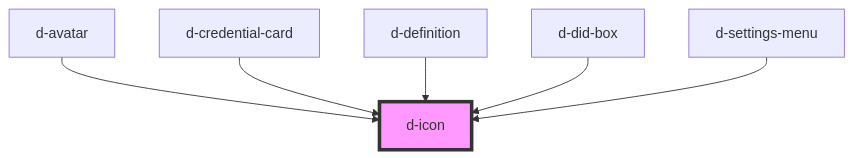
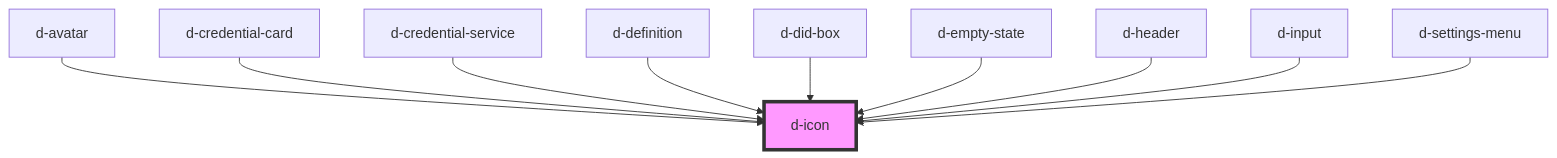
Before and after one commit to ForkbombEu/didroom-components: the diagram in src/components/icon/readme.md, drawn with Mermaid. The commit also changed other lines of this file and 12 other files, not shown here.

````diff
--- a/src/components/icon/readme.md
+++ b/src/components/icon/readme.md
@@ -28,9 +32,13 @@
 ```mermaid
 graph TD;
   d-avatar --> d-icon
   d-credential-card --> d-icon
+  d-credential-service --> d-icon
   d-definition --> d-icon
   d-did-box --> d-icon
+  d-empty-state --> d-icon
+  d-header --> d-icon
+  d-input --> d-icon
   d-settings-menu --> d-icon
   style d-icon fill:#f9f,stroke:#333,stroke-width:4px
 ```
````
